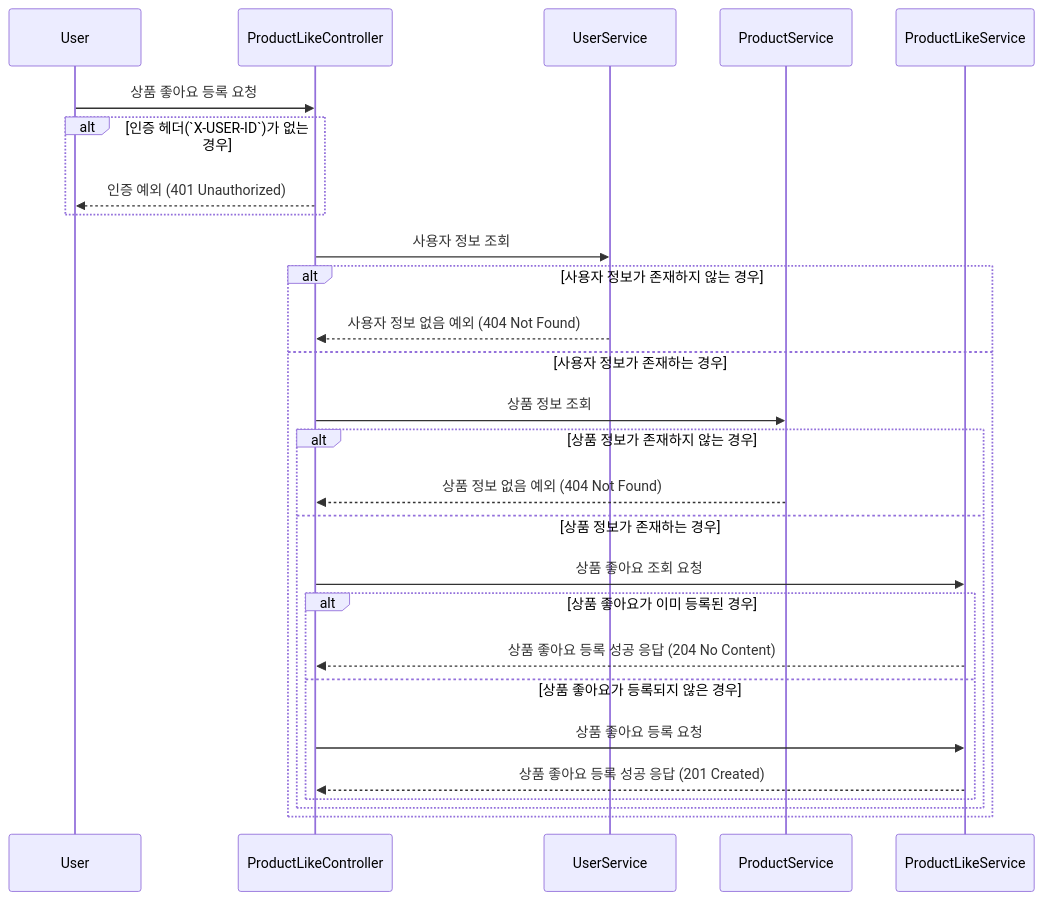
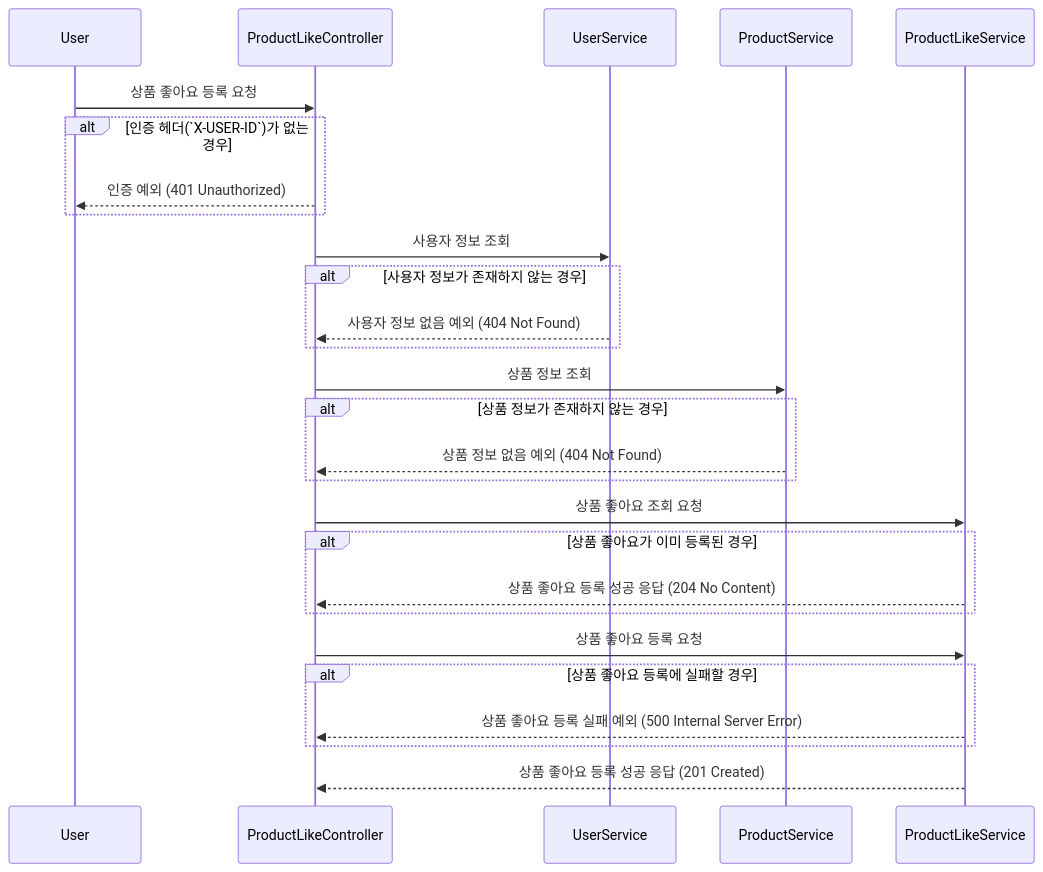
The first of 3 diagrams in docs/design/02-sequence-diagrams/product-like.md (kiekk/gamsung-commerce), drawn with Mermaid before and after one commit. The commit also changed other lines of this file, not shown here.

First line of the commit message:
docs: 상품 좋아요 시퀀스 다이어그램 수정

````diff
--- a/docs/design/02-sequence-diagrams/product-like.md
+++ b/docs/design/02-sequence-diagrams/product-like.md
@@ -5,30 +5,29 @@
 ```mermaid
 sequenceDiagram
     participant User
     participant ProductLikeController
     participant UserService
     participant ProductService
     participant ProductLikeService
     User ->> ProductLikeController: 상품 좋아요 등록 요청
     alt 인증 헤더(`X-USER-ID`)가 없는 경우
         ProductLikeController -->> User: 인증 예외 (401 Unauthorized)
     end
-    
     ProductLikeController ->> UserService: 사용자 정보 조회
     alt 사용자 정보가 존재하지 않는 경우
         UserService -->> ProductLikeController: 사용자 정보 없음 예외 (404 Not Found)
-    else 사용자 정보가 존재하는 경우
-        ProductLikeController ->> ProductService: 상품 정보 조회
-        alt 상품 정보가 존재하지 않는 경우
-            ProductService -->> ProductLikeController: 상품 정보 없음 예외 (404 Not Found)
-        else 상품 정보가 존재하는 경우
-            ProductLikeController ->> ProductLikeService: 상품 좋아요 조회 요청
-            alt 상품 좋아요가 이미 등록된 경우
-                ProductLikeService -->> ProductLikeController: 상품 좋아요 등록 성공 응답 (204 No Content)
-            else 상품 좋아요가 등록되지 않은 경우
-                ProductLikeController ->> ProductLikeService: 상품 좋아요 등록 요청
-                ProductLikeService -->> ProductLikeController: 상품 좋아요 등록 성공 응답 (201 Created)
-            end
-        end
     end
+    ProductLikeController ->> ProductService: 상품 정보 조회
+    alt 상품 정보가 존재하지 않는 경우
+        ProductService -->> ProductLikeController: 상품 정보 없음 예외 (404 Not Found)
+    end
+    ProductLikeController ->> ProductLikeService: 상품 좋아요 조회 요청
+    alt 상품 좋아요가 이미 등록된 경우
+        ProductLikeService -->> ProductLikeController: 상품 좋아요 등록 성공 응답 (204 No Content)
+    end
+    ProductLikeController ->> ProductLikeService: 상품 좋아요 등록 요청
+    alt 상품 좋아요 등록에 실패할 경우
+        ProductLikeService -->> ProductLikeController: 상품 좋아요 등록 실패 예외 (500 Internal Server Error)
+    end
+    ProductLikeService -->> ProductLikeController: 상품 좋아요 등록 성공 응답 (201 Created)
 ```
````
